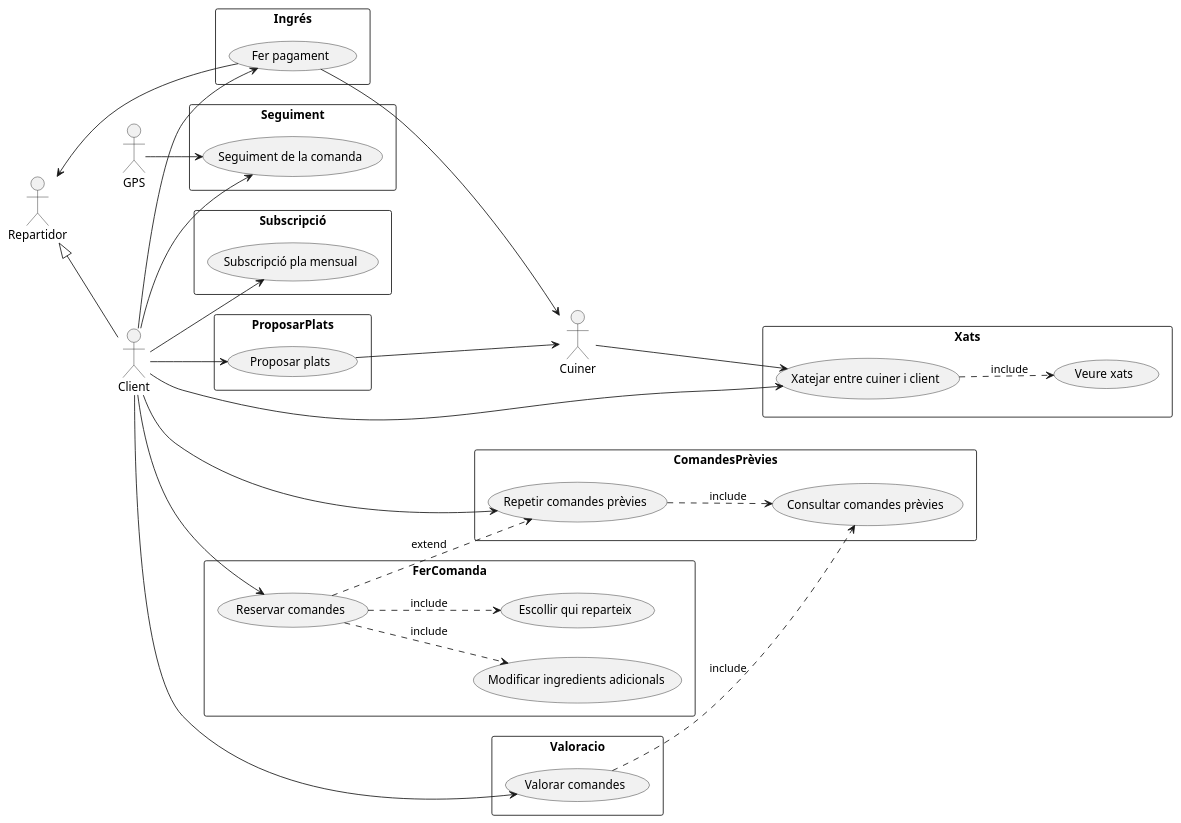
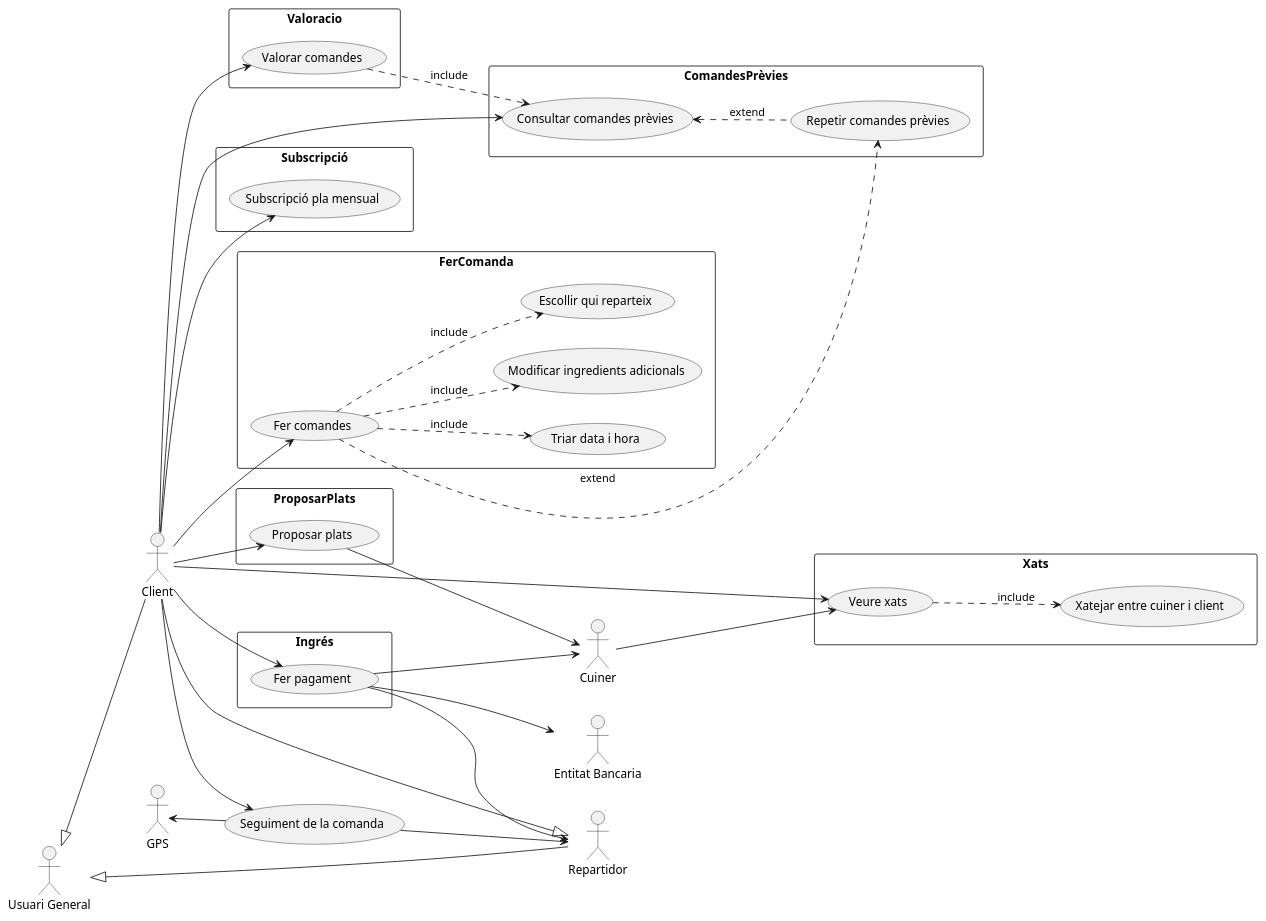
One commit to martipages/ES23UAB431-02 changed the diagram in documents/Diagrames/Cas d'ús/Client/UML_Cas_d_us_Client.md. Above: the diagram before and after it, drawn with PlantUML. The commit also changed other lines of this file and 17 other files, not shown here.

Commit message:
Update tot usuaris + correccio uml

```diff
--- a/documents/Diagrames/Cas d'ús/Client/UML_Cas_d_us_Client.md
+++ b/documents/Diagrames/Cas d'ús/Client/UML_Cas_d_us_Client.md
@@ -1,71 +1,263 @@
 @startuml
+
 left to right direction
 
+
+
+''Perfils:
+
+
+
 :Cuiner:
+
+
+
 :Client:
+
+
+
 :Repartidor:
+
+
+
+:Usuari General: as UsuariGeneral
+
+
+
+:Entitat Bancaria: as EntitatBancaria
+
+
+
+''CU:
+
+
+
+rectangle Ingrés {
+
+
+
+(Fer pagament) as Pagament
+
+
+
+}
+
+
+
+rectangle ProposarPlats {
+
+
+
+(Proposar plats) as PropPlats
+
+
+
+}
+
+
+
+rectangle FerComanda {
+
+
+
+(Fer comandes) as Reserva
+
+
+
+(Modificar ingredients adicionals) as Modificar
+
+
+
+(Escollir qui reparteix) as RepartidorComanda
+
+
+
+(Triar data i hora) as DyT
+
+
+
+}
+
+
+
+rectangle Xats {
+
+
+
+(Xatejar entre cuiner i client) as Xatejar
+
+
+
+(Veure xats) as VeureXats
+
+
+
+}
+
+
+
+rectangle ComandesPrèvies {
+
+
+
+(Consultar comandes prèvies) as ConsultarPrevies
+
+
+
+(Repetir comandes prèvies) as RepetirPrevies
+
+
+
+}
+
+
+
+
+
+(Seguiment de la comanda) as Seg
+
+
+
+
+
+rectangle Valoracio {
+
+
+
+(Valorar comandes) as Val
+
+
+
+}
+
+
+
+rectangle Subscripció {
+
+
+
+(Subscripció pla mensual) as SubPla
+
+
+
+}
+
+
+
+
+
+''Herencies:
 
 Repartidor <|-- Client
 
-rectangle Ingrés {
-(Fer pagament) as Pagament
-}
 
-rectangle ProposarPlats {
-(Proposar plats) as PropPlats
-}
 
-rectangle FerComanda {
-(Reservar comandes) as Reserva
-(Modificar ingredients adicionals) as Modificar
-(Escollir qui reparteix) as RepartidorComanda
-}
+UsuariGeneral <|-- Client
 
-rectangle Xats {
-(Xatejar entre cuiner i client) as Xatejar
-(Veure xats) as VeureXats
-}
 
-rectangle ComandesPrèvies {
-(Consultar comandes prèvies) as ConsultarPrevies
-(Repetir comandes prèvies) as RepetirPrevies
-}
 
-rectangle Seguiment {
-(Seguiment de la comanda) as Seg
-}
+UsuariGeneral <|-- Repartidor
 
-rectangle Valoracio {
-(Valorar comandes) as Val
-}
 
-rectangle Subscripció {
-(Subscripció pla mensual) as SubPla
-}
+
+
+
+''Actors Externs:
+
+
+
+GPS <-- Seg
+
+
+
+Pagament --> EntitatBancaria
+
+
+
+''Relacions
+
+
 
 Client --> PropPlats
+
+
+
 Client --> Pagament
-Client --> Xatejar
+
+
+
 Client --> Seg
+
+
+
 Client --> SubPla
-Client --> RepetirPrevies
+
+
+
+Client --> ConsultarPrevies
+
+
+
 Client --> Val
+
+
+
 Client --> Reserva
 
-GPS --> Seg
 
-Cuiner --> Xatejar
+
+Client --> VeureXats
+
+
 
 Pagament --> Repartidor
+
+
+
 Pagament --> Cuiner
+
+
+
 PropPlats --> Cuiner
 
 
-Xatejar ..> VeureXats : include
+
+Cuiner --> VeureXats
+
+
+
+Seg --> Repartidor
+
+
+
+''Include / Extend
+
+
+
 Val ..> ConsultarPrevies : include
+
+
+
 Reserva ..> Modificar : include
+
+
+
 Reserva ..> RepartidorComanda : include
+
+
+
+Reserva ..> DyT : include
+
+
+
 Reserva ..> RepetirPrevies : extend
-RepetirPrevies ..> ConsultarPrevies : include
+
+
+
+ConsultarPrevies <.. RepetirPrevies : extend
+
+
+
+VeureXats  ..> Xatejar : include
 
 @enduml
```
